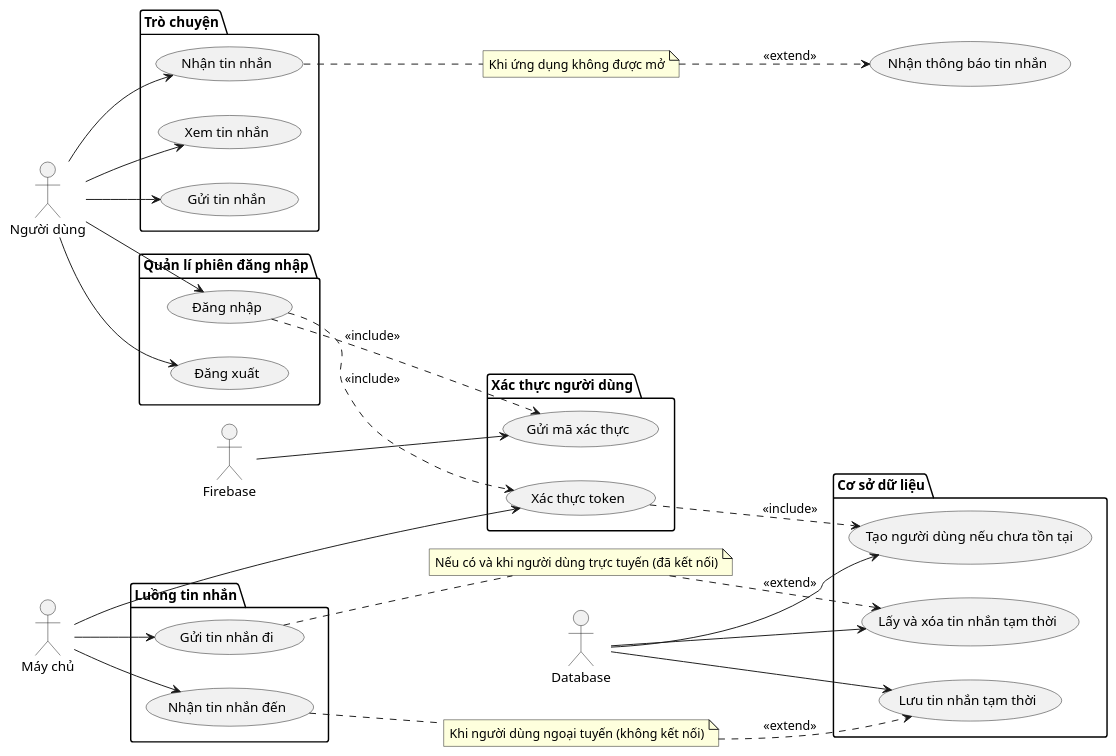
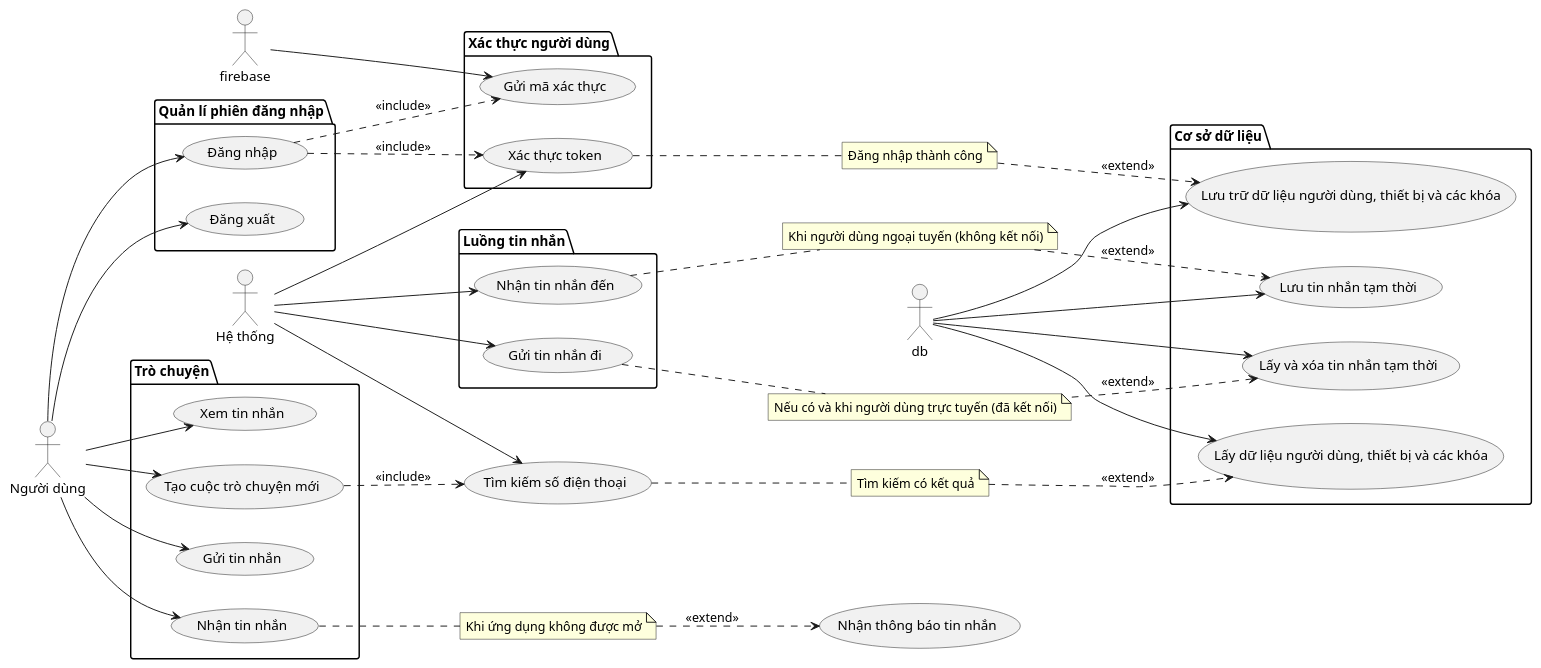
Before and after one commit to shhh-cat/Blackat_UML: the diagram in Usecase Diagram/Overview.pu, drawn with PlantUML.

```diff
--- a/Usecase Diagram/Overview.pu
+++ b/Usecase Diagram/Overview.pu
@@ -1,56 +1,66 @@
 @startuml
  
 left to right direction
 :Người dùng: as user
-:Máy chủ: as server
-:Firebase: as firebase
-:Database: as db
+:Hệ thống: as server
 package "Quản lí phiên đăng nhập" {
     usecase "Đăng nhập" as login
     usecase "Đăng xuất" as logout
 }
 package "Xác thực người dùng" {
     usecase "Gửi mã xác thực" as otp
     usecase "Xác thực token" as verifyToken
 }
 package "Luồng tin nhắn" {
     usecase "Gửi tin nhắn đi" as incoming
     usecase "Nhận tin nhắn đến" as outgoing
 }
 
 package "Cơ sở dữ liệu" {
     usecase "Lưu tin nhắn tạm thời" as storing
-    usecase "Tạo người dùng nếu chưa tồn tại" as createUser
+    usecase "Lưu trữ dữ liệu người dùng, thiết bị và các khóa" as createUserData
     usecase "Lấy và xóa tin nhắn tạm thời" as getting
+    usecase "Lấy dữ liệu người dùng, thiết bị và các khóa" as getUserData
 }
 package "Trò chuyện" {
+    usecase "Xem tin nhắn" as view
+    usecase "Tạo cuộc trò chuyện mới" as new
     usecase "Gửi tin nhắn" as sending
     usecase "Nhận tin nhắn" as receiving
-    usecase "Xem tin nhắn" as view
 }
+usecase "Tìm kiếm số điện thoại" as searching
 usecase "Nhận thông báo tin nhắn" as notification
 user --> login
 user --> logout
 user --> sending
 user --> receiving
 user --> view
+user --> new
+new ..> searching: <<include>>
 login ..> otp : <<include>>
 login ..> verifyToken : <<include>>
-verifyToken ..> createUser : <<include>>
 firebase --> otp
 server --> verifyToken
 server --> incoming
 server --> outgoing
+server --> searching
 db --> storing
 db --> getting
-db --> createUser
+db --> createUserData
+db --> getUserData
+note "Đăng nhập thành công" as logged
 note "Khi người dùng ngoại tuyến (không kết nối)" as offline
 note "Nếu có và khi người dùng trực tuyến (đã kết nối)" as online
 note "Khi ứng dụng không được mở" as closingApp
+note "Tìm kiếm có kết quả" as successfulSearching
+verifyToken .. logged
+logged ..> createUserData : <<extend>>
 outgoing .. offline
 offline ..> storing: <<extend>>
 incoming .. online
 online ..> getting: <<extend>>
 receiving .. closingApp 
 closingApp ..> notification: <<extend>>
+searching .. successfulSearching
+successfulSearching ..> getUserData: <<extend>>
 @enduml
```
